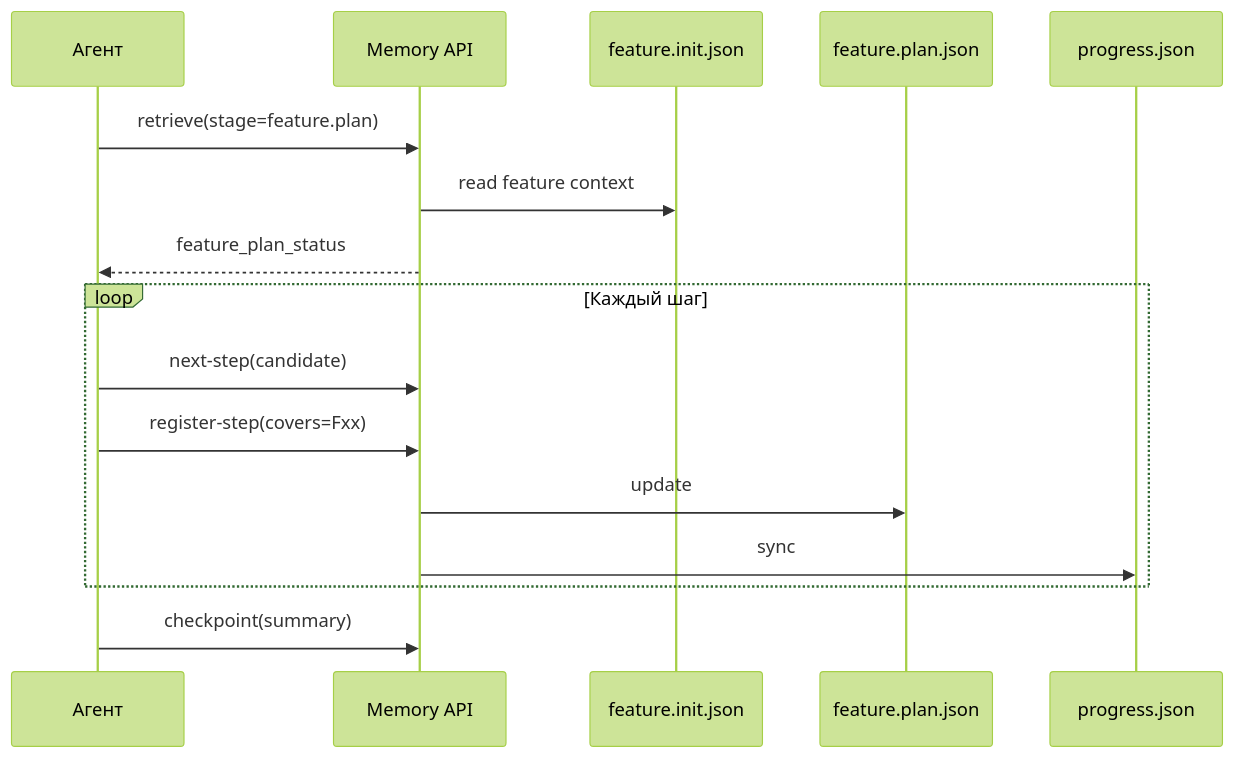
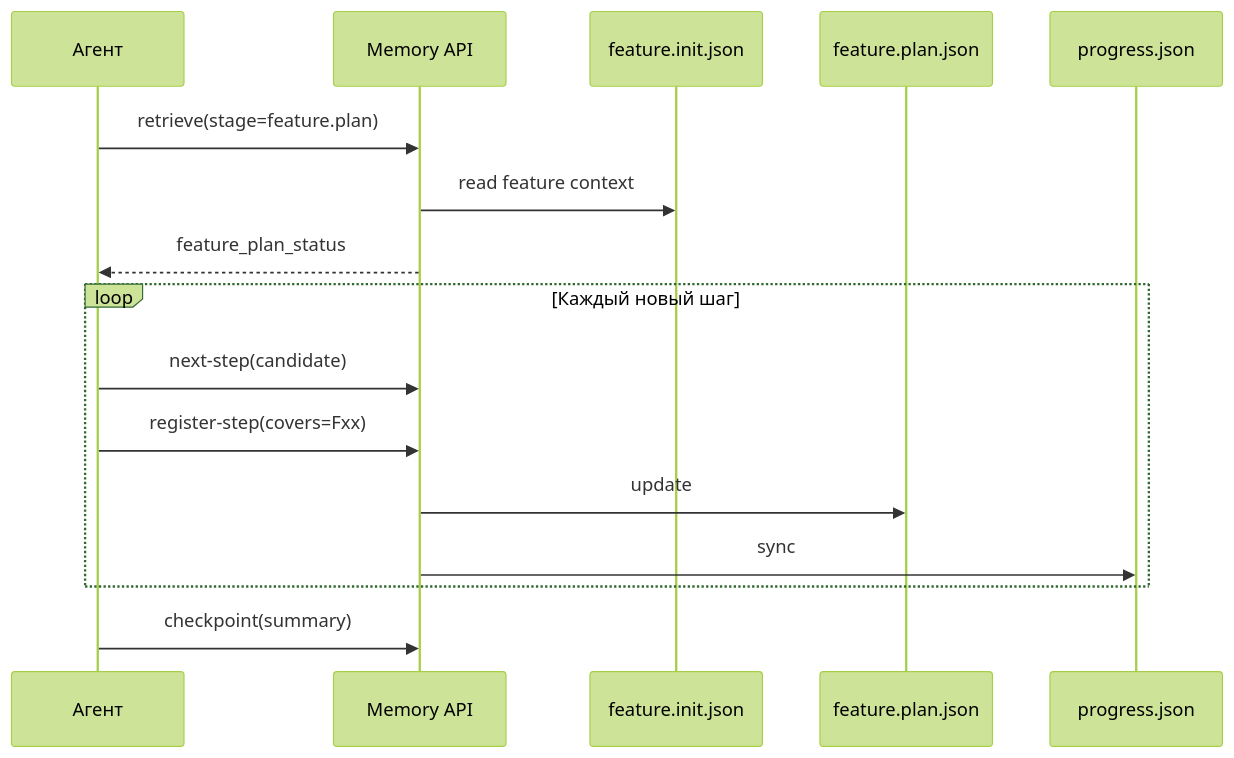
One commit to MADTeacher/MADSpec changed the second of 4 diagrams in docs/feature/madspec.feature.plan.md. Above: the diagram before and after it, drawn with Mermaid (forest theme). The commit also changed other lines of this file and 7 other files, not shown here.

````diff
--- a/docs/feature/madspec.feature.plan.md
+++ b/docs/feature/madspec.feature.plan.md
@@ -124,19 +126,19 @@
 ```mermaid
 sequenceDiagram
     participant A as Агент
     participant M as Memory API
     participant F as feature.init.json
     participant P as feature.plan.json
     participant R as progress.json
 
     A->>M: retrieve(stage=feature.plan)
     M->>F: read feature context
     M-->>A: feature_plan_status
-    loop Каждый шаг
+    loop Каждый новый шаг
         A->>M: next-step(candidate)
         A->>M: register-step(covers=Fxx)
         M->>P: update
         M->>R: sync
     end
     A->>M: checkpoint(summary)
 ```
````
